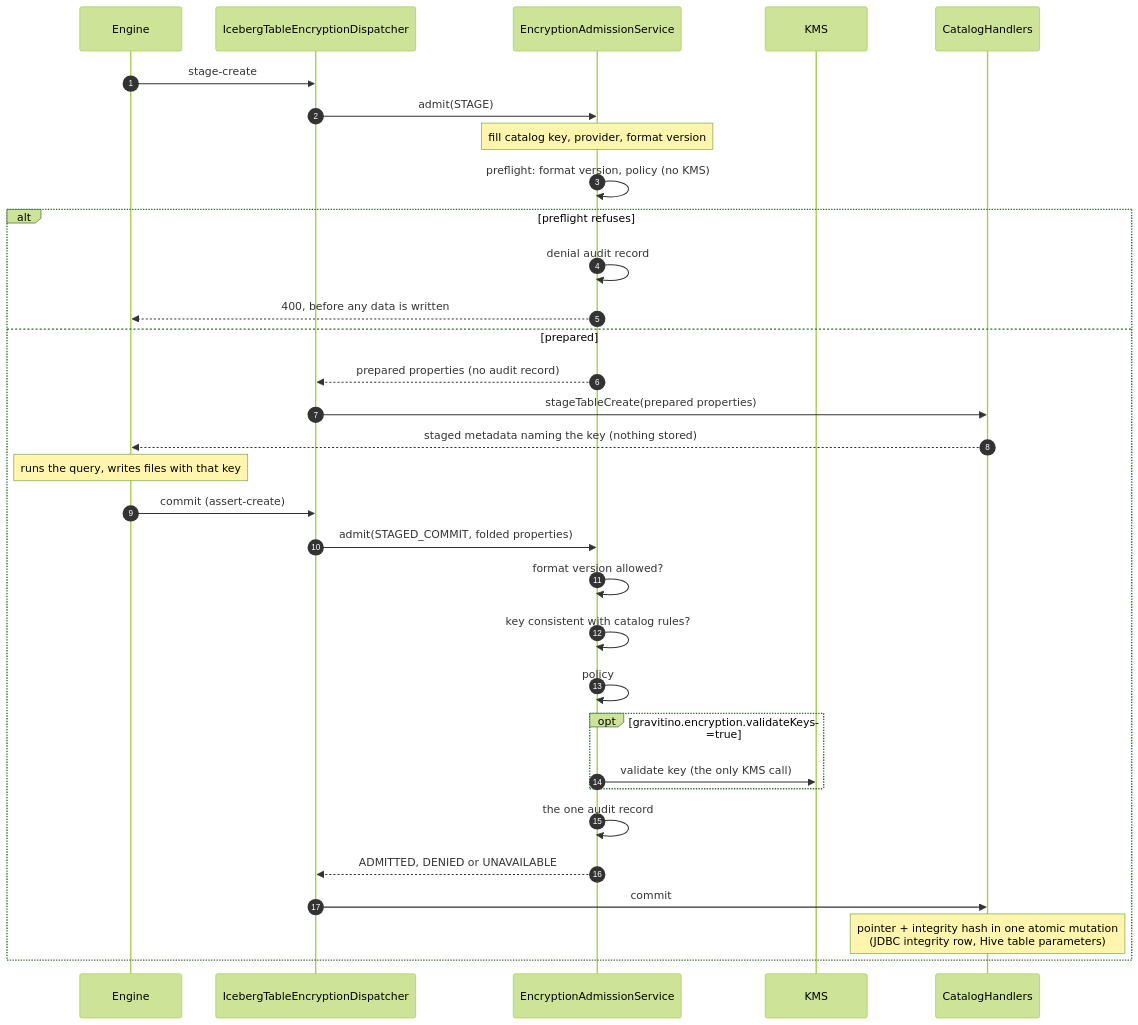
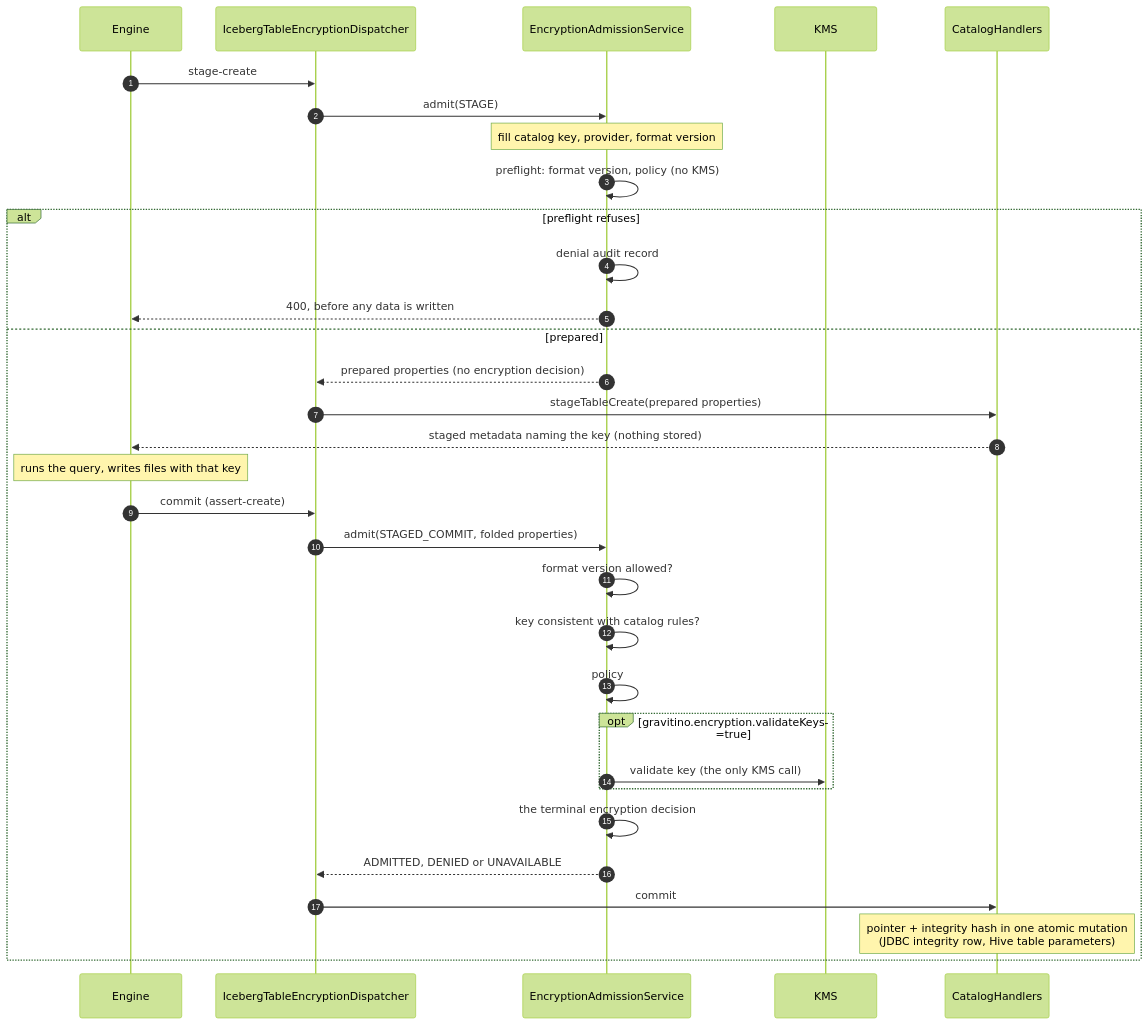
One commit to danhuawang/gravitino changed the first of 3 diagrams in design-docs/iceberg-table-encryption/design-stage-create-ctas.md. Above: the diagram before and after it, drawn with Mermaid (forest theme). The commit also changed other lines of this file and 19 other files, not shown here.

````diff
--- a/design-docs/iceberg-table-encryption/design-stage-create-ctas.md
+++ b/design-docs/iceberg-table-encryption/design-stage-create-ctas.md
@@ -52,34 +53,34 @@
 ```mermaid
 sequenceDiagram
   autonumber
   participant E as Engine
   participant D as IcebergTableEncryptionDispatcher
   participant A as EncryptionAdmissionService
   participant K as KMS
   participant H as CatalogHandlers
   E->>D: stage-create
   D->>A: admit(STAGE)
   Note over A: fill catalog key, provider, format version
   A->>A: preflight: format version, policy (no KMS)
   alt preflight refuses
     A->>A: denial audit record
     A-->>E: 400, before any data is written
   else prepared
-    A-->>D: prepared properties (no audit record)
+    A-->>D: prepared properties (no encryption decision)
     D->>H: stageTableCreate(prepared properties)
     H-->>E: staged metadata naming the key (nothing stored)
     Note over E: runs the query, writes files with that key
     E->>D: commit (assert-create)
     D->>A: admit(STAGED_COMMIT, folded properties)
     A->>A: format version allowed?
     A->>A: key consistent with catalog rules?
     A->>A: policy
     opt gravitino.encryption.validateKeys=true
       A->>K: validate key (the only KMS call)
     end
-    A->>A: the one audit record
+    A->>A: the terminal encryption decision
     A-->>D: ADMITTED, DENIED or UNAVAILABLE
     D->>H: commit
     Note over H: pointer + integrity hash in one atomic mutation<br/>(JDBC integrity row, Hive table parameters)
   end
 ```
````
